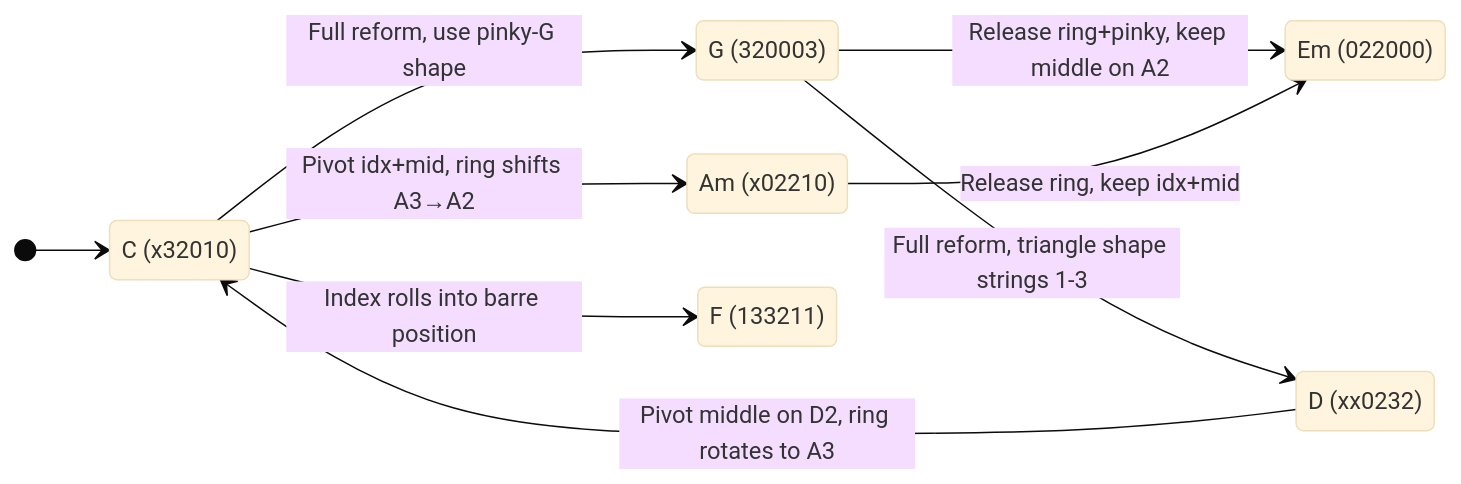
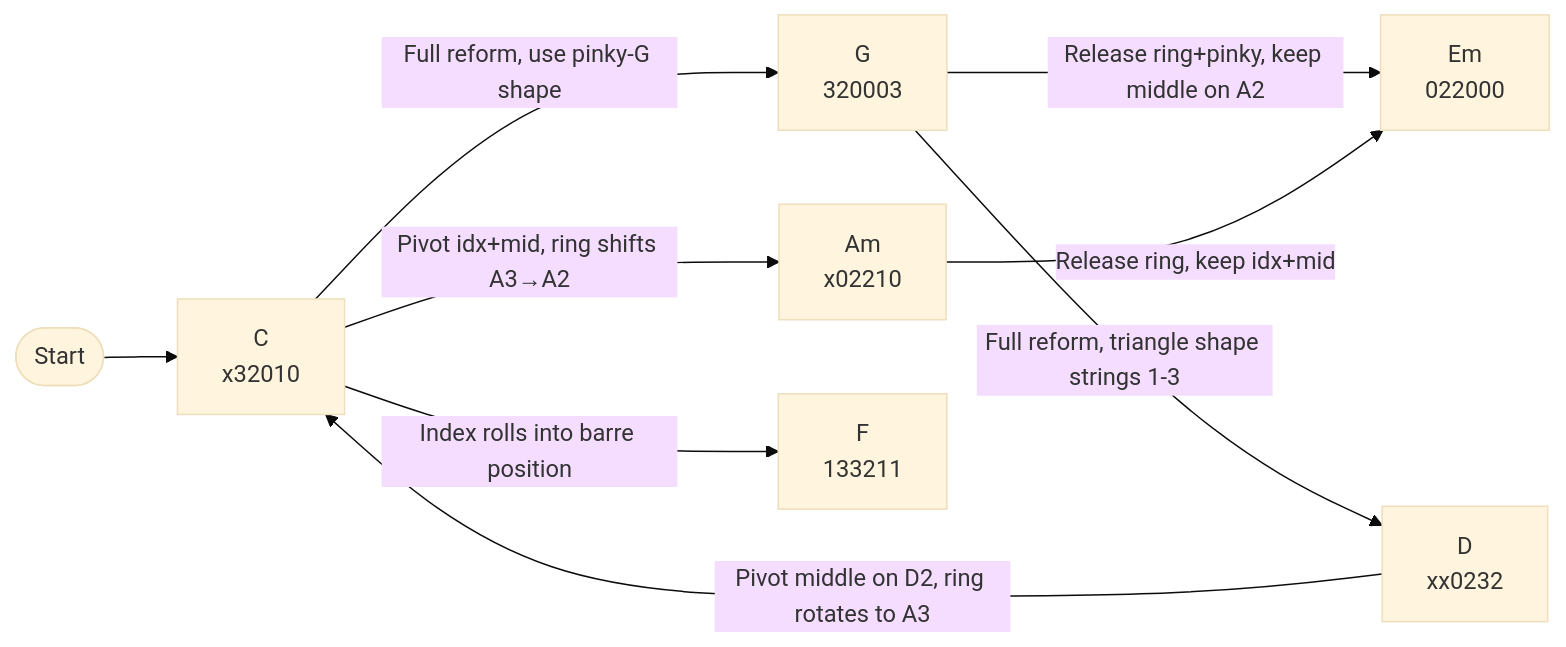
Before and after one commit to blebleblee/synapse: the fourth of 8 diagrams in topics/arts/music_performance/acoustic_guitar/lesson_02_chords_and_strumming.md, drawn with Mermaid (base theme). The commit also changed other lines of this file and 1464 other files, not shown here.

Commit message:
feat(release): curriculum vector mermaid upgrade, render hardening, and master synpack

````diff
--- a/topics/arts/music_performance/acoustic_guitar/lesson_02_chords_and_strumming.md
+++ b/topics/arts/music_performance/acoustic_guitar/lesson_02_chords_and_strumming.md
@@ -387,20 +396,23 @@
 ```mermaid
-stateDiagram-v2
-    direction LR
-    [*] --> C_shape
-
-    state "C (x32010)" as C_shape
-    state "G (320003)" as G_shape
-    state "Am (x02210)" as Am_shape
-    state "Em (022000)" as Em_shape
-    state "D (xx0232)" as D_shape
-    state "F (133211)" as F_shape
-
-    C_shape --> Am_shape : Pivot idx+mid, ring shifts A3→A2
-    C_shape --> G_shape : Full reform, use pinky-G shape
-    C_shape --> F_shape : Index rolls into barre position
-    G_shape --> D_shape : Full reform, triangle shape strings 1-3
-    G_shape --> Em_shape : Release ring+pinky, keep middle on A2
-    Am_shape --> Em_shape : Release ring, keep idx+mid
-    D_shape --> C_shape : Pivot middle on D2, ring rotates to A3
+flowchart LR
+    Start(["Start"])
+    C["C<br/>x32010"]
+    G["G<br/>320003"]
+    Am["Am<br/>x02210"]
+    Em["Em<br/>022000"]
+    D["D<br/>xx0232"]
+    F["F<br/>133211"]
+    
+    Start --> C
+    
+    C -->|"Pivot idx+mid, ring shifts A3→A2"| Am
+    C -->|"Full reform, use pinky-G shape"| G
+    C -->|"Index rolls into barre position"| F
+    
+    G -->|"Full reform, triangle shape strings 1-3"| D
+    G -->|"Release ring+pinky, keep middle on A2"| Em
+    
+    Am -->|"Release ring, keep idx+mid"| Em
+    
+    D -->|"Pivot middle on D2, ring rotates to A3"| C
 ```
````
